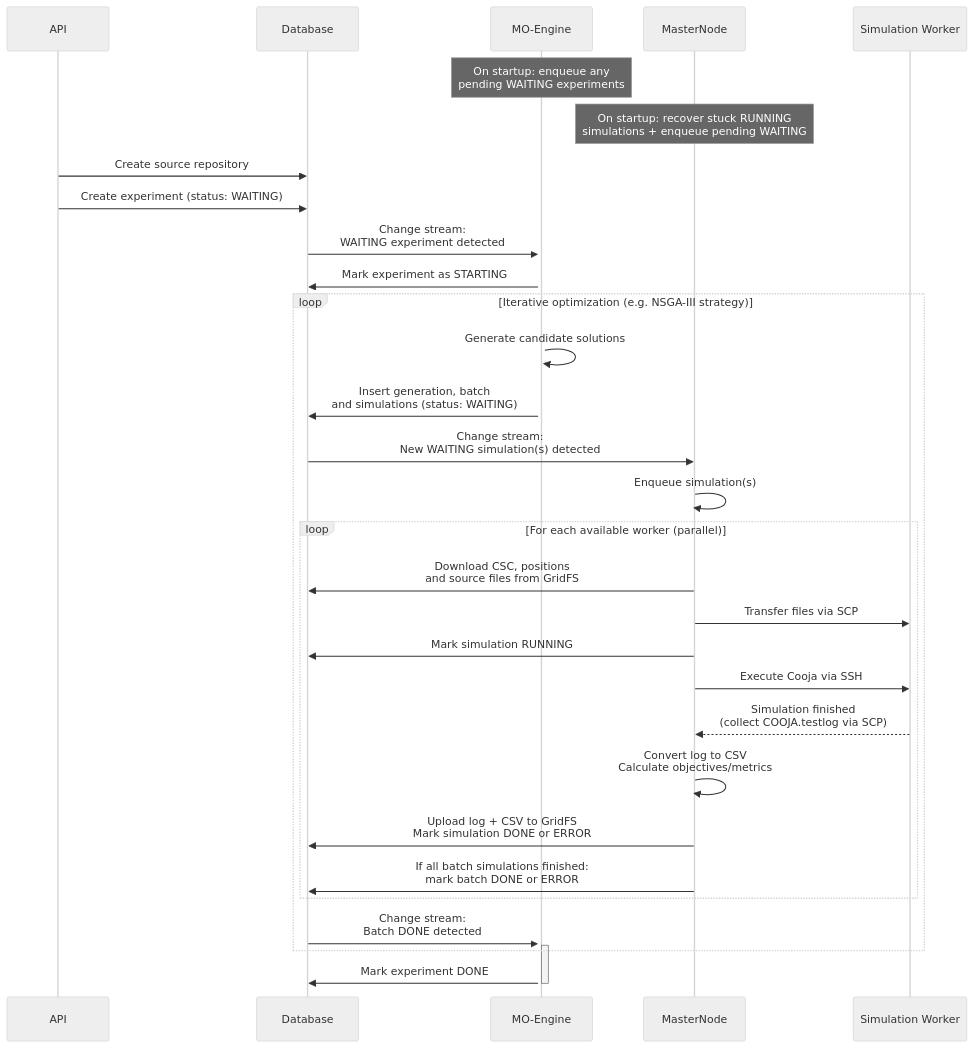
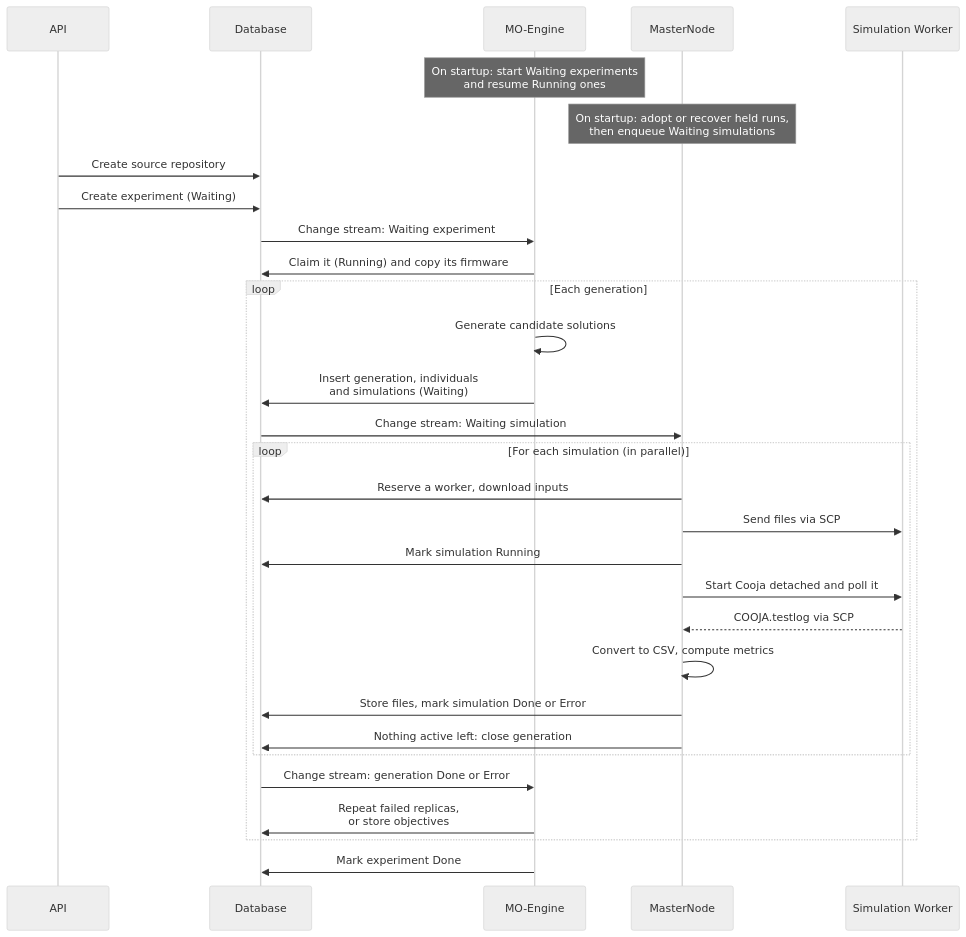
One commit to JunioCesarFerreira/simlab changed the second of 2 diagrams in README.md. Above: the diagram before and after it, drawn with Mermaid (neutral theme). The commit also changed other lines of this file and 71 other files, not shown here.

````diff
--- a/README.md
+++ b/README.md
@@ -98,41 +91,39 @@
 ```mermaid
 sequenceDiagram
     participant API
     participant Database
     participant MO-Engine
     participant MasterNode
     participant SimWorker as Simulation Worker
 
-    Note over MO-Engine: On startup: enqueue any<br/>pending WAITING experiments
-    Note over MasterNode: On startup: recover stuck RUNNING<br/>simulations + enqueue pending WAITING
+    Note over MO-Engine: On startup: start Waiting experiments<br/>and resume Running ones
+    Note over MasterNode: On startup: adopt or recover held runs,<br/>then enqueue Waiting simulations
 
     API->>Database: Create source repository
-    API->>Database: Create experiment (status: WAITING)
+    API->>Database: Create experiment (Waiting)
 
-    Database->>+MO-Engine: Change stream:<br/>WAITING experiment detected
+    Database->>MO-Engine: Change stream: Waiting experiment
+    MO-Engine->>Database: Claim it (Running) and copy its firmware
 
-    MO-Engine->>Database: Mark experiment as STARTING
+    loop Each generation
+        MO-Engine->>MO-Engine: Generate candidate solutions
+        MO-Engine->>Database: Insert generation, individuals<br/>and simulations (Waiting)
+        Database->>MasterNode: Change stream: Waiting simulation
 
-    loop Iterative optimization (e.g. NSGA-III strategy)
-        MO-Engine->>MO-Engine: Generate candidate solutions
-        MO-Engine->>Database: Insert generation, batch<br/>and simulations (status: WAITING)
-
-        Database->>MasterNode: Change stream:<br/>New WAITING simulation(s) detected
-        MasterNode->>MasterNode: Enqueue simulation(s)
-
-        loop For each available worker (parallel)
-            MasterNode->>Database: Download CSC, positions<br/>and source files from GridFS
-            MasterNode->>SimWorker: Transfer files via SCP
-            MasterNode->>Database: Mark simulation RUNNING
-            MasterNode->>SimWorker: Execute Cooja via SSH
-            SimWorker-->>MasterNode: Simulation finished<br/>(collect COOJA.testlog via SCP)
-            MasterNode->>MasterNode: Convert log to CSV<br/>Calculate objectives/metrics
-            MasterNode->>Database: Upload log + CSV to GridFS<br/>Mark simulation DONE or ERROR
-            MasterNode->>Database: If all batch simulations finished:<br/>mark batch DONE or ERROR
+        loop For each simulation (in parallel)
+            MasterNode->>Database: Reserve a worker, download inputs
+            MasterNode->>SimWorker: Send files via SCP
+            MasterNode->>Database: Mark simulation Running
+            MasterNode->>SimWorker: Start Cooja detached and poll it
+            SimWorker-->>MasterNode: COOJA.testlog via SCP
+            MasterNode->>MasterNode: Convert to CSV, compute metrics
+            MasterNode->>Database: Store files, mark simulation Done or Error
+            MasterNode->>Database: Nothing active left: close generation
         end
 
-        Database->>+MO-Engine: Change stream:<br/>Batch DONE detected
+        Database->>MO-Engine: Change stream: generation Done or Error
+        MO-Engine->>Database: Repeat failed replicas,<br/>or store objectives
     end
 
-    MO-Engine->>-Database: Mark experiment DONE
+    MO-Engine->>Database: Mark experiment Done
 ```
````
